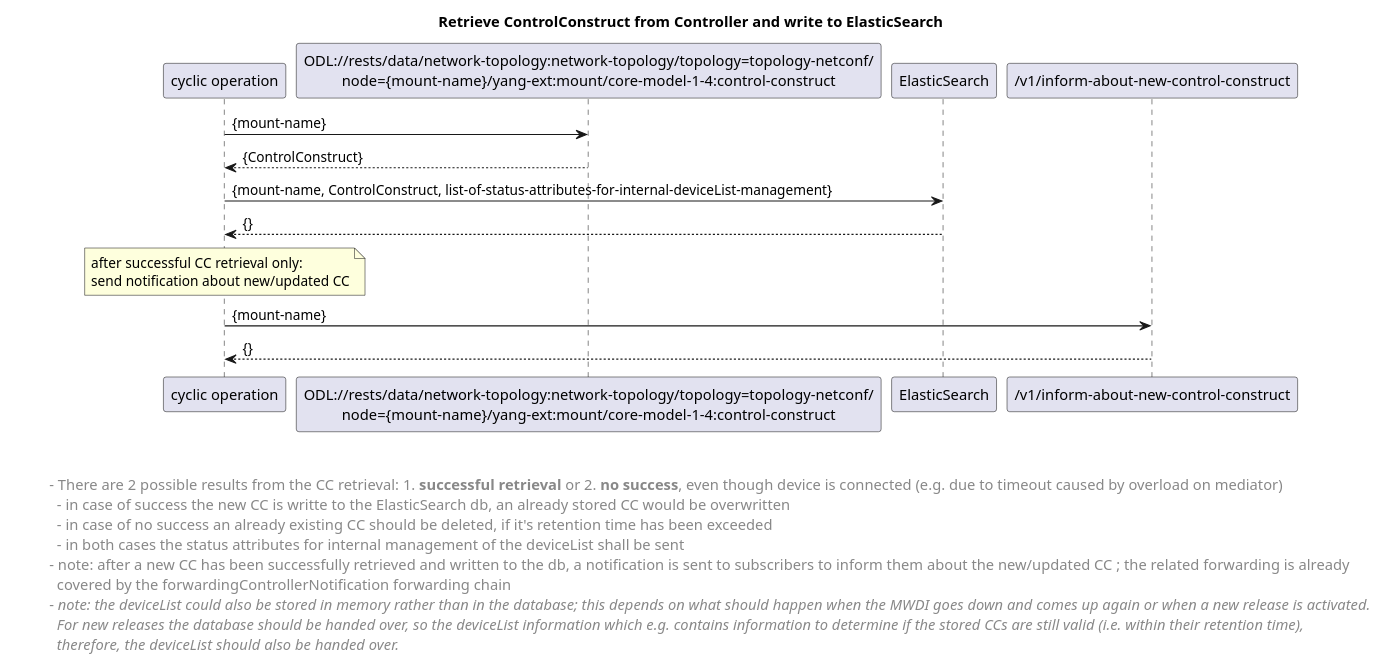
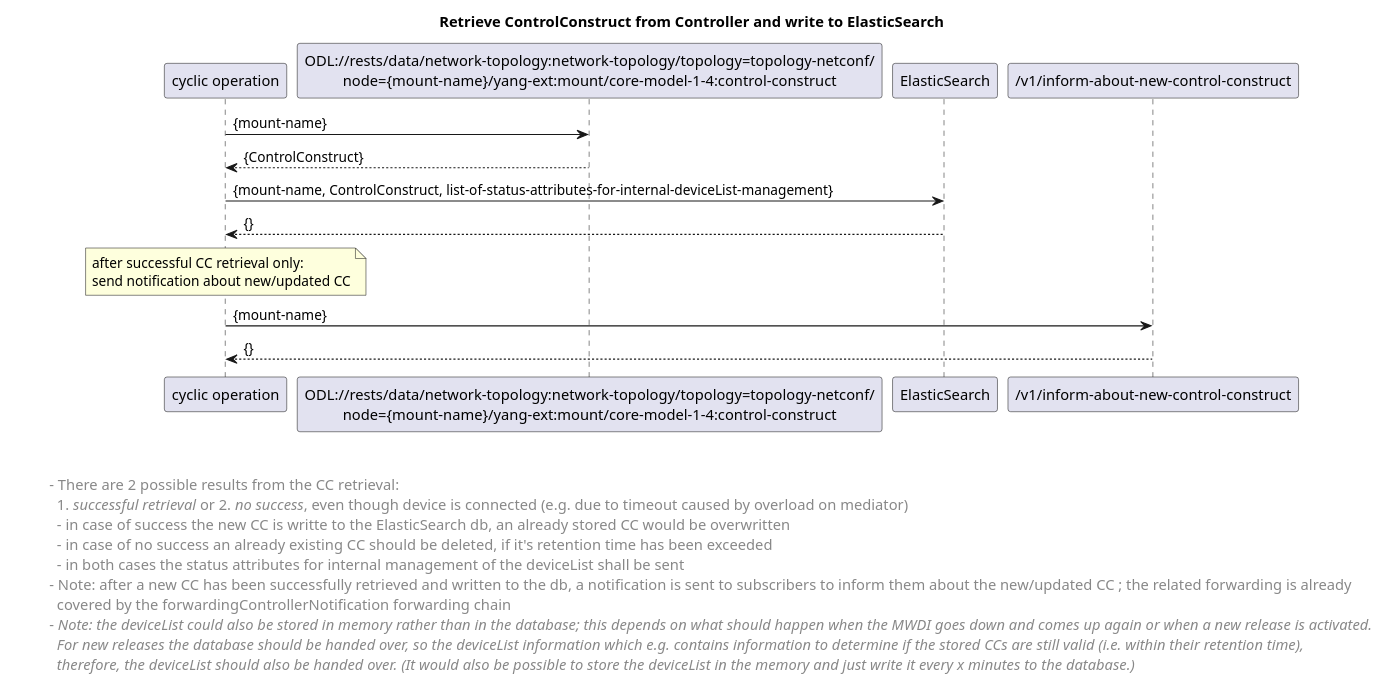
One commit to openBackhaul/MicroWaveDeviceInventory changed the diagram in spec/diagrams/02x_forwardingRetrieveControlConstruct.plantuml. Above: the diagram before and after it, drawn with PlantUML.

```diff
--- a/spec/diagrams/02x_forwardingRetrieveControlConstruct.plantuml
+++ b/spec/diagrams/02x_forwardingRetrieveControlConstruct.plantuml
@@ -1,41 +1,42 @@
 @startuml
 skinparam responseMessageBelowArrow true
 
 title Retrieve ControlConstruct from Controller and write to ElasticSearch
 
 "cyclic operation" -> "ODL://rests/data/network-topology:network-topology/topology=topology-netconf/\nnode={mount-name}/yang-ext:mount/core-model-1-4:control-construct": {mount-name}
 "ODL://rests/data/network-topology:network-topology/topology=topology-netconf/\nnode={mount-name}/yang-ext:mount/core-model-1-4:control-construct" --> "cyclic operation": {ControlConstruct}
 
 
 "cyclic operation" -> "ElasticSearch": {mount-name, ControlConstruct, list-of-status-attributes-for-internal-deviceList-management}
 "ElasticSearch" --> "cyclic operation": {}
 
 note over "cyclic operation": after successful CC retrieval only: \nsend notification about new/updated CC
 
 "cyclic operation" -> "/v1/inform-about-new-control-construct": {mount-name}
 "/v1/inform-about-new-control-construct" --> "cyclic operation": {}
 
 
 left footer 
 
 
-\t  - There are 2 possible results from the CC retrieval: 1. <b>successful retrieval</b> or 2. <b>no success</b>, even though device is connected (e.g. due to timeout caused by overload on mediator)
+\t  - There are 2 possible results from the CC retrieval: 
+\t    1. <i>successful retrieval</i> or 2. <i>no success</i>, even though device is connected (e.g. due to timeout caused by overload on mediator)
 \t    - in case of success the new CC is writte to the ElasticSearch db, an already stored CC would be overwritten
 \t    - in case of no success an already existing CC should be deleted, if it's retention time has been exceeded
 \t    - in both cases the status attributes for internal management of the deviceList shall be sent
-\t  - note: after a new CC has been successfully retrieved and written to the db, a notification is sent to subscribers to inform them about the new/updated CC ; the related forwarding is already
+\t  - Note: after a new CC has been successfully retrieved and written to the db, a notification is sent to subscribers to inform them about the new/updated CC ; the related forwarding is already
 \t    covered by the forwardingControllerNotification forwarding chain
-\t  - <i>note: the deviceList could also be stored in memory rather than in the database; this depends on what should happen when the MWDI goes down and comes up again or when a new release is activated.
+\t  - <i>Note: the deviceList could also be stored in memory rather than in the database; this depends on what should happen when the MWDI goes down and comes up again or when a new release is activated.
 \t    <i>For new releases the database should be handed over, so the deviceList information which e.g. contains information to determine if the stored CCs are still valid (i.e. within their retention time),
-\t    <i>therefore, the deviceList should also be handed over.
+\t    <i>therefore, the deviceList should also be handed over. (It would also be possible to store the deviceList in the memory and just write it every x minutes to the database.)
 end footer
 
 <style>
 footer {
   HorizontalAlignment left
   FontSize 14
 }
 </style>
 
 
 @enduml
```
